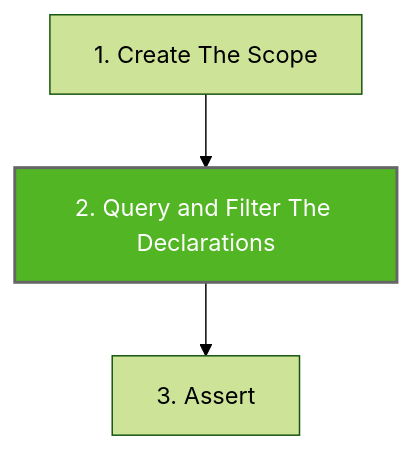
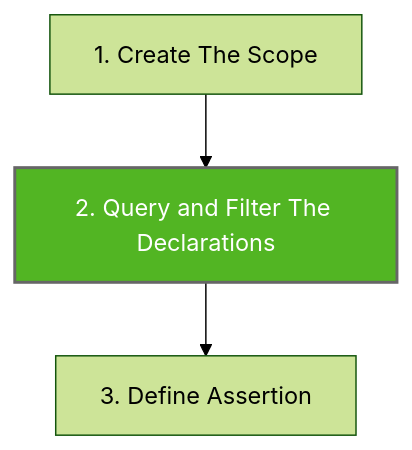
Before and after one commit to LemonAppDev/konsist-documentation: the diagram in writing-tests/declaration-query-and-filter.md, drawn with Mermaid. The commit also changed 4 other files, not shown here.

````diff
--- a/writing-tests/declaration-query-and-filter.md
+++ b/writing-tests/declaration-query-and-filter.md
@@ -11,8 +11,8 @@
 ```mermaid
 %%{init: {'theme':'forest'}}%%
 flowchart TB
     Step1["1. Create The Scope"]-->Step2
     Step2["2. Query and Filter The Declarations"]-->Step3
-    Step3["3. Assert"]
+    Step3["3. Define Assertion"]
     style Step2 fill:#52B523,stroke:#666,stroke-width:2px,color:#fff
 ```
````
